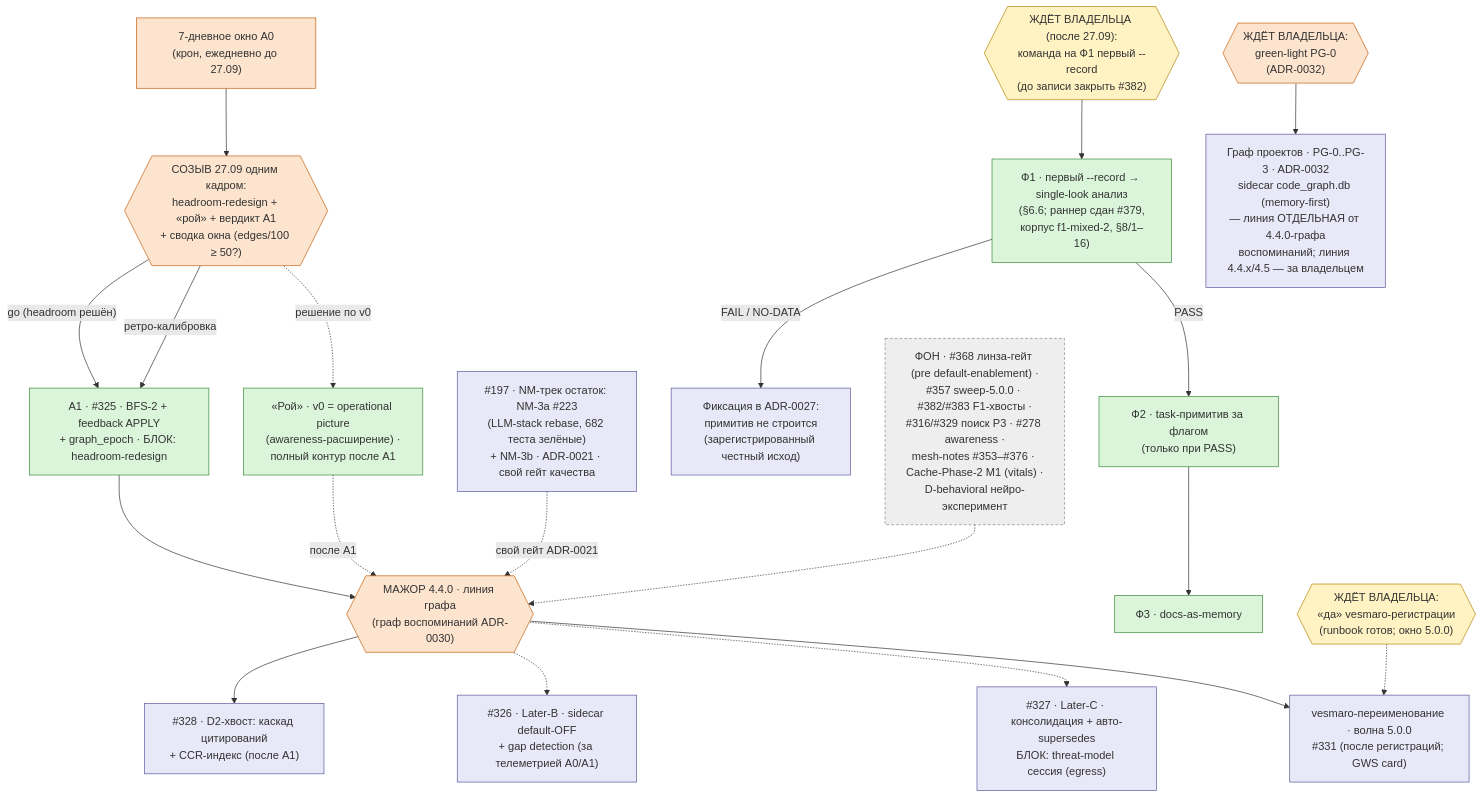
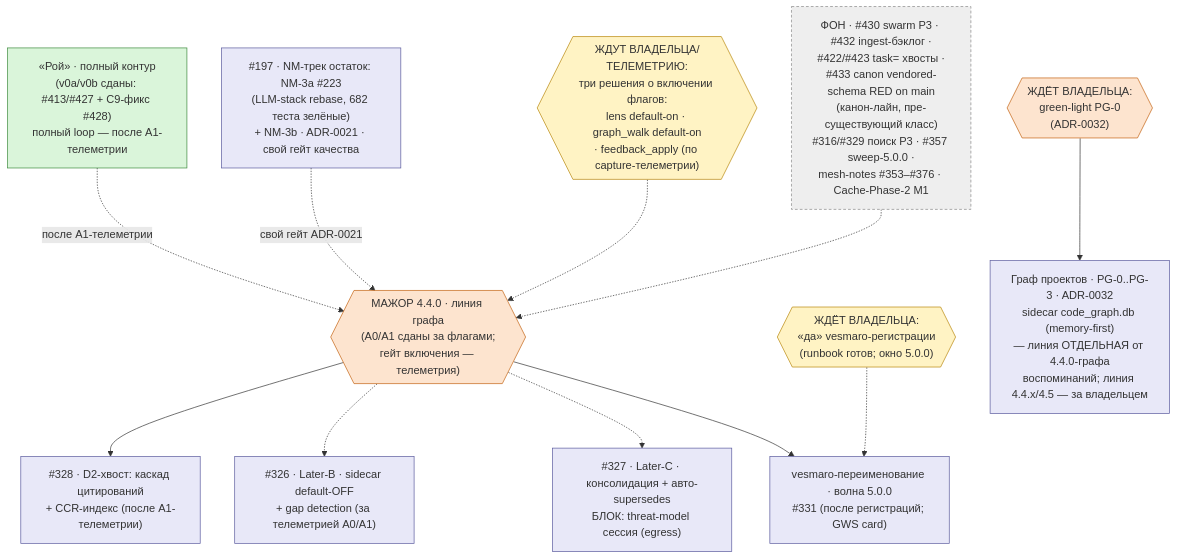
Before and after one commit to vesmaro/vesma: the first of 5 diagrams in docs/project/dev-plan.md, drawn with Mermaid. The commit also changed other lines of this file, not shown here.

First line of the commit message:
docs(dev-plan): frame-II close — wave registry, epic #308 delivered, DAG redraw (#434)

````diff
--- a/docs/project/dev-plan.md
+++ b/docs/project/dev-plan.md
@@ -97,52 +104,37 @@
 ```mermaid
 flowchart TD
     OWN3{{"ЖДЁТ ВЛАДЕЛЬЦА:<br/>«да» vesmaro-регистрации<br/>(runbook готов; окно 5.0.0)"}}
-    OWN4{{"ЖДЁТ ВЛАДЕЛЬЦА (после 27.09):<br/>команда на Ф1 первый --record<br/>(до записи закрыть #382)"}}
-    WIN["7-дневное окно A0<br/>(крон, ежедневно до 27.09)"]
-    SUM{{"СОЗЫВ 27.09 одним кадром:<br/>headroom-redesign + «рой» + вердикт A1<br/>+ сводка окна (edges/100 ≥ 50?)"}}
-    A1["A1 · #325 · BFS-2 + feedback APPLY<br/>+ graph_epoch · БЛОК: headroom-redesign"]
-    SW["«Рой» · v0 = operational picture<br/>(awareness-расширение) ·<br/>полный контур после A1"]
-    F1REC["Ф1 · первый --record → single-look анализ<br/>(§6.6; раннер сдан #379,<br/>корпус f1-mixed-2, §8/1–16)"]
-    F2["Ф2 · task-примитив за флагом<br/>(только при PASS)"]
-    F3["Ф3 · docs-as-memory"]
-    XF["Фиксация в ADR-0027:<br/>примитив не строится<br/>(зарегистрированный честный исход)"]
-    D2S["#328 · D2-хвост: каскад цитирований<br/>+ CCR-индекс (после A1)"]
+    ENB{{"ЖДУТ ВЛАДЕЛЬЦА/ТЕЛЕМЕТРИЮ:<br/>три решения о включении флагов:<br/>lens default-on · graph_walk default-on<br/>· feedback_apply (по capture-телеметрии)"}}
+    SW["«Рой» · полный контур<br/>(v0a/v0b сданы: #413/#427 + C9-фикс #428)<br/>полный loop — после A1-телеметрии"]
+    NM["#197 · NM-трек остаток: NM-3a #223<br/>(LLM-stack rebase, 682 теста зелёные)<br/>+ NM-3b · ADR-0021 · свой гейт качества"]
+    D2S["#328 · D2-хвост: каскад цитирований<br/>+ CCR-индекс (после A1-телеметрии)"]
     LB["#326 · Later-B · sidecar default-OFF<br/>+ gap detection (за телеметрией A0/A1)"]
     LC["#327 · Later-C · консолидация + авто-supersedes<br/>БЛОК: threat-model сессия (egress)"]
-    M440{{"МАЖОР 4.4.0 · линия графа<br/>(граф воспоминаний ADR-0030)"}}
+    M440{{"МАЖОР 4.4.0 · линия графа<br/>(A0/A1 сданы за флагами;<br/>гейт включения — телеметрия)"}}
     OWNPG{{"ЖДЁТ ВЛАДЕЛЬЦА:<br/>green-light PG-0<br/>(ADR-0032)"}}
     PG["Граф проектов · PG-0..PG-3 · ADR-0032<br/>sidecar code_graph.db (memory-first)<br/>— линия ОТДЕЛЬНАЯ от 4.4.0-графа<br/>воспоминаний; линия 4.4.x/4.5 — за владельцем"]
-    NM["#197 · NM-трек остаток: NM-3a #223<br/>(LLM-stack rebase, 682 теста зелёные)<br/>+ NM-3b · ADR-0021 · свой гейт качества"]
     REN["vesmaro-переименование · волна 5.0.0<br/>#331 (после регистраций; GWS card)"]
-    SIDE["ФОН · #368 линза-гейт (pre default-enablement) ·<br/>#357 sweep-5.0.0 · #382/#383 F1-хвосты ·<br/>#316/#329 поиск P3 · #278 awareness ·<br/>mesh-notes #353–#376 · Cache-Phase-2 M1 (vitals) ·<br/>D-behavioral нейро-эксперимент"]
-    WIN --> SUM
-    SUM -- "go (headroom решён)" --> A1
-    SUM -- "ретро-калибровка" --> A1
-    SUM -. "решение по v0" .-> SW
-    OWN4 --> F1REC
-    F1REC -- "PASS" --> F2
-    F1REC -- "FAIL / NO-DATA" --> XF
-    F2 --> F3
-    A1 --> M440
-    SW -. после A1 .-> M440
+    SIDE["ФОН · #430 swarm P3 · #432 ingest-бэклог ·<br/>#422/#423 task= хвосты ·<br/>#433 canon vendored-schema RED on main<br/>(канон-лайн, пре-существующий класс)<br/>#316/#329 поиск P3 · #357 sweep-5.0.0 ·<br/>mesh-notes #353–#376 · Cache-Phase-2 M1"]
+    SW -. после A1-телеметрии .-> M440
     NM -. свой гейт ADR-0021 .-> M440
+    ENB -.-> M440
     M440 --> D2S
     M440 -.-> LB
     M440 -.-> LC
     M440 --> REN
     OWN3 -.-> REN
     SIDE -.-> M440
     OWNPG --> PG
     classDef owner fill:#fff3c4,stroke:#b8860b
     classDef wave fill:#daf5da,stroke:#3d8b3d
     classDef gate fill:#fde4cf,stroke:#c46210
     classDef later fill:#e8e8f8,stroke:#5b5b9e
     classDef side fill:#eeeeee,stroke:#888888,stroke-dasharray: 4 3
-    class OWN3,OWN4 owner
-    class WIN,SUM,M440 gate
-    class A1,SW,F1REC,F2,F3 wave
-    class XF,NM,D2S,LB,LC,REN later
+    class OWN3,ENB owner
+    class SW wave
+    class M440 gate
+    class NM,D2S,LB,LC,REN later
     class SIDE side
     class OWNPG gate
     class PG later
 ```
````
